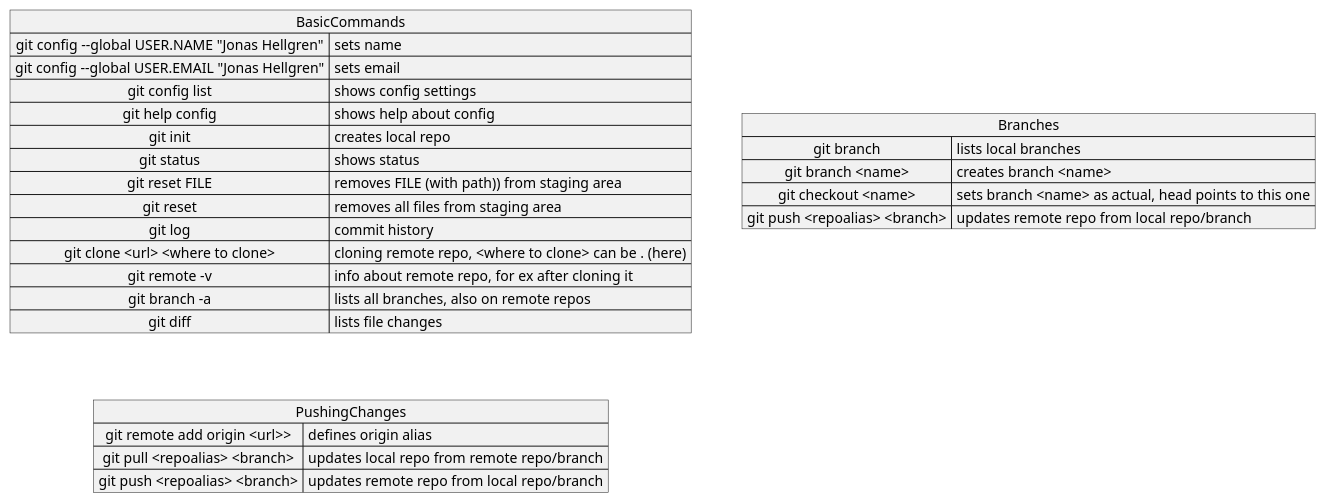
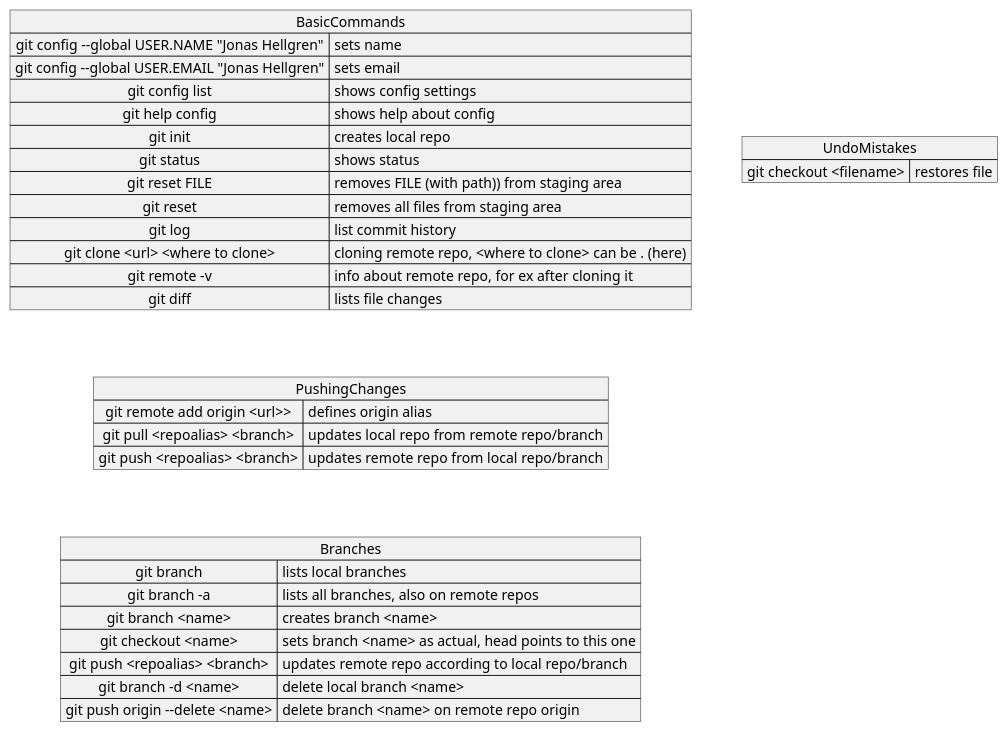
The diagram in src/documentation/GitCommands.puml (JonasHellgren/GitCommands), drawn with PlantUML before and after one commit.

Commit message:
After merge, testing amend, updated ages in main

```diff
--- a/src/documentation/GitCommands.puml
+++ b/src/documentation/GitCommands.puml
@@ -1,34 +1,41 @@
 @startuml
 map BasicCommands {
  git config --global USER.NAME "Jonas Hellgren" => sets name
  git config --global USER.EMAIL "Jonas Hellgren" => sets email
  git config list => shows config settings
  git help config  => shows help about config
  git init  => creates local repo
  git status  => shows status
  git reset FILE  => removes FILE (with path)) from staging area
  git reset   => removes all files from staging area
- git log   => commit history
+ git log   => list commit history
  git clone <url> <where to clone>  => cloning remote repo, <where to clone> can be . (here)
  git remote -v  => info about remote repo, for ex after cloning it
- git branch -a  => lists all branches, also on remote repos
  git diff  => lists file changes
 }
 
 map PushingChanges {
  git remote add origin <url>>  => defines origin alias
  git pull <repoalias> <branch>  => updates local repo from remote repo/branch
  git push <repoalias> <branch>  => updates remote repo from local repo/branch
 }
 
 map Branches {
-git branch => lists local branches
+ git branch => lists local branches
+  git branch -a  => lists all branches, also on remote repos
  git branch <name>  => creates branch <name>
  git checkout <name>  => sets branch <name> as actual, head points to this one
- git push <repoalias> <branch>  => updates remote repo from local repo/branch
+ git push <repoalias> <branch>  => updates remote repo according to local repo/branch
+ git branch -d <name> => delete local branch <name>
+ git push origin --delete <name> => delete branch <name> on remote repo origin
+}
+
+map UndoMistakes {
+ git checkout <filename>  => restores file
+
 }
 
 BasicCommands --[hidden]> PushingChanges
-
+PushingChanges --[hidden]> Branches
 
 @enduml
```
